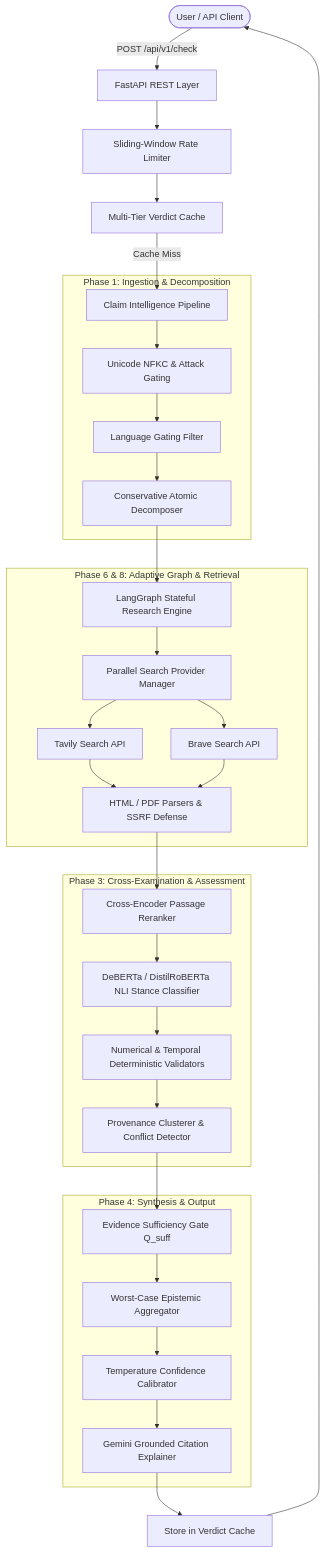
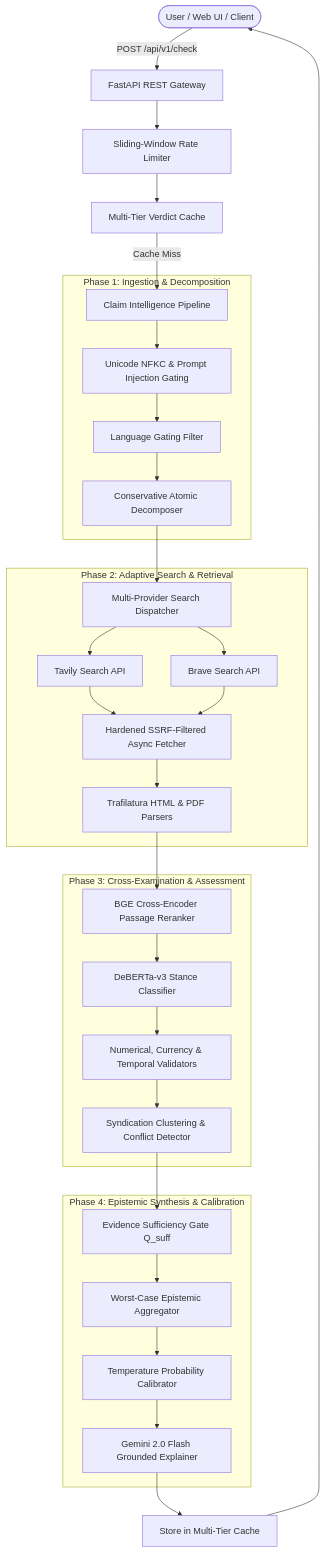
Before and after one commit to AdetyaJamwal04/Tathvyn-Evidence-Intelligence-Claim-Verification-Engine: the diagram in README.md, drawn with Mermaid. The commit also changed other lines of this file and 10 other files, not shown here.

First line of the commit message:
docs: synchronize all architecture and engineering documentation with current project status

````diff
--- a/README.md
+++ b/README.md
@@ -16,38 +23,38 @@
 ```mermaid
 graph TD
-    User([User / API Client]) -->|POST /api/v1/check| API[FastAPI REST Layer]
+    User([User / Web UI / Client]) -->|POST /api/v1/check| API[FastAPI REST Gateway]
     API --> RateLimiter[Sliding-Window Rate Limiter]
     RateLimiter --> Cache[Multi-Tier Verdict Cache]
     Cache -->|Cache Miss| Pipeline[Claim Intelligence Pipeline]
     
     subgraph "Phase 1: Ingestion & Decomposition"
-        Pipeline --> Sanitizer[Unicode NFKC & Attack Gating]
+        Pipeline --> Sanitizer[Unicode NFKC & Prompt Injection Gating]
         Sanitizer --> LangGate[Language Gating Filter]
         LangGate --> Decomposer[Conservative Atomic Decomposer]
     end
     
-    subgraph "Phase 6 & 8: Adaptive Graph & Retrieval"
-        Decomposer --> Graph[LangGraph Stateful Research Engine]
-        Graph --> SearchManager[Parallel Search Provider Manager]
+    subgraph "Phase 2: Adaptive Search & Retrieval"
+        Decomposer --> SearchManager[Multi-Provider Search Dispatcher]
         SearchManager --> Tavily[Tavily Search API]
         SearchManager --> Brave[Brave Search API]
-        Tavily & Brave --> Trafilatura[HTML / PDF Parsers & SSRF Defense]
+        Tavily & Brave --> HardenedFetcher[Hardened SSRF-Filtered Async Fetcher]
+        HardenedFetcher --> Parsers[Trafilatura HTML & PDF Parsers]
     end
     
     subgraph "Phase 3: Cross-Examination & Assessment"
-        Trafilatura --> Reranker[Cross-Encoder Passage Reranker]
-        Reranker --> NLI[DeBERTa / DistilRoBERTa NLI Stance Classifier]
-        NLI --> Validators[Numerical & Temporal Deterministic Validators]
-        Validators --> Provenance[Provenance Clusterer & Conflict Detector]
+        Parsers --> Reranker[BGE Cross-Encoder Passage Reranker]
+        Reranker --> NLI[DeBERTa-v3 Stance Classifier]
+        NLI --> Validators[Numerical, Currency & Temporal Validators]
+        Validators --> Provenance[Syndication Clustering & Conflict Detector]
     end
     
-    subgraph "Phase 4: Synthesis & Output"
+    subgraph "Phase 4: Epistemic Synthesis & Calibration"
         Provenance --> SufficiencyGate[Evidence Sufficiency Gate Q_suff]
         SufficiencyGate --> Aggregator[Worst-Case Epistemic Aggregator]
-        Aggregator --> Calibrator[Temperature Confidence Calibrator]
-        Calibrator --> Explainer[Gemini Grounded Citation Explainer]
+        Aggregator --> Calibrator[Temperature Probability Calibrator]
+        Calibrator --> Explainer[Gemini 2.0 Flash Grounded Explainer]
     end
     
-    Explainer --> CacheSet[Store in Verdict Cache]
-    CacheSet --> User
+    Explainer --> CacheStore[Store in Multi-Tier Cache]
+    CacheStore --> User
 ```
````
